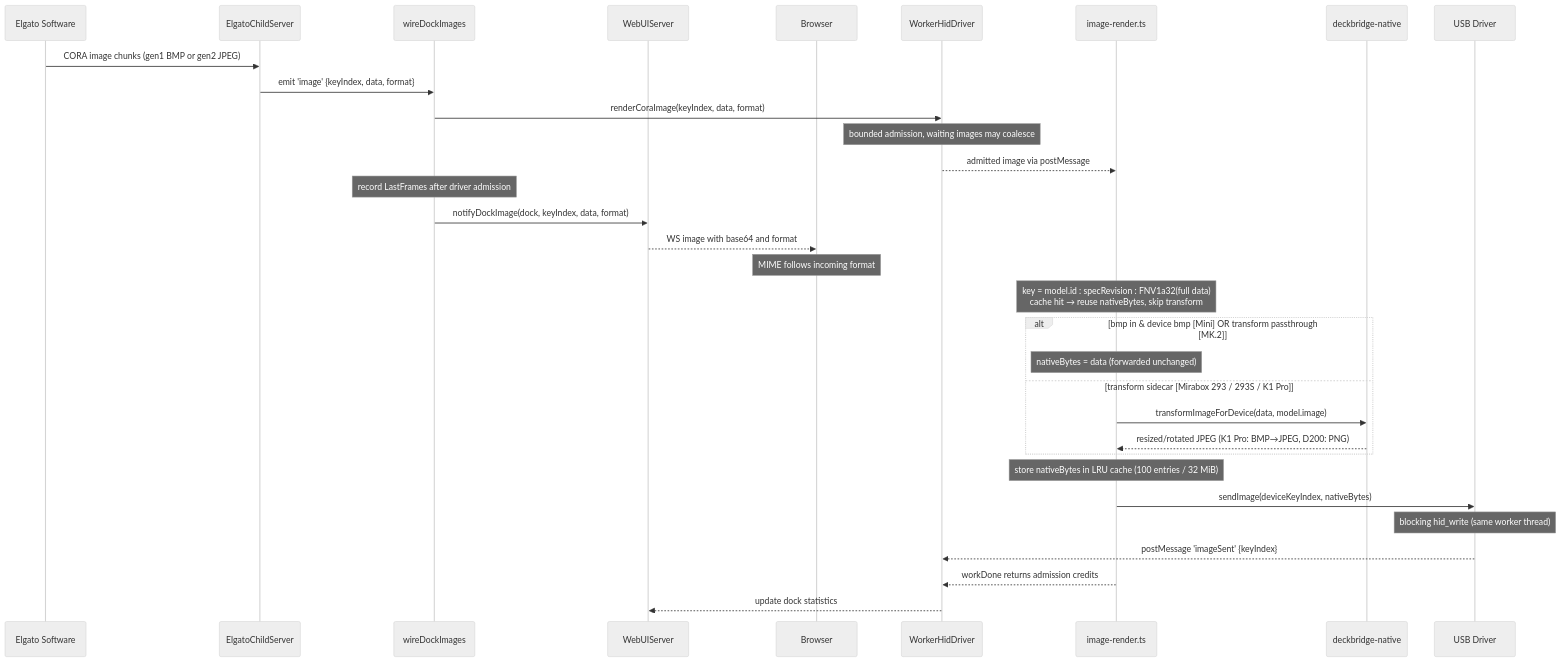
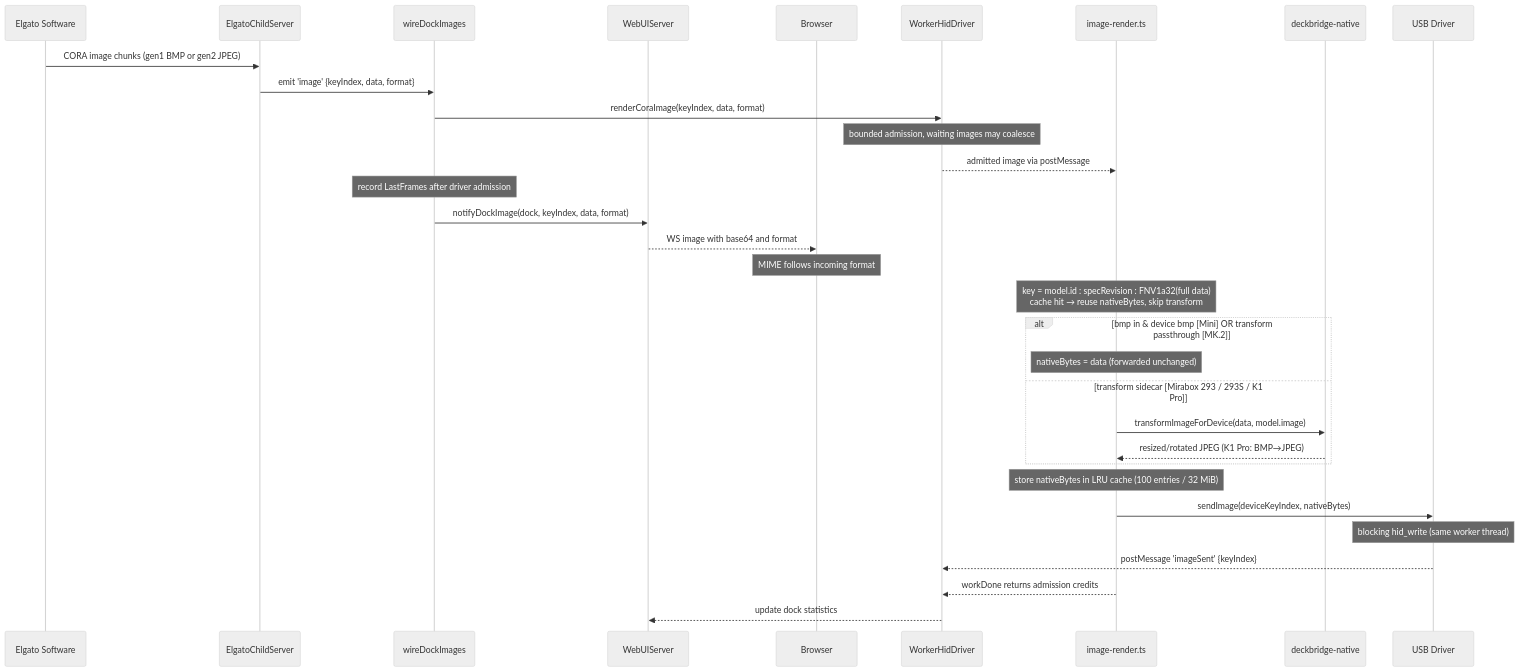
Before and after one commit to lukasMega/DeckBridge: the diagram in docs/image-flow.md, drawn with Mermaid (neutral theme). The commit also changed other lines of this file and 11 other files, not shown here.

First line of the commit message:
docs(d200): describe JPEG icons, not PNG (#271)

````diff
--- a/docs/image-flow.md
+++ b/docs/image-flow.md
@@ -86,38 +86,38 @@
 ```mermaid
 sequenceDiagram
     participant EL as Elgato Software
     participant CS as ElgatoChildServer
     participant PIPE as wireDockImages
     participant WEB as WebUIServer
     participant BR as Browser
     participant HOST as WorkerHidDriver
     participant REND as image-render.ts
     participant RS as deckbridge-native
     participant DRV as USB Driver
 
     EL->>CS: CORA image chunks (gen1 BMP or gen2 JPEG)
     CS->>PIPE: emit 'image' {keyIndex, data, format}
 
     PIPE->>HOST: renderCoraImage(keyIndex, data, format)
     Note over HOST: bounded admission, waiting images may coalesce
     HOST-->>REND: admitted image via postMessage
     Note over PIPE: record LastFrames after driver admission
     PIPE->>WEB: notifyDockImage(dock, keyIndex, data, format)
     WEB-->>BR: WS image with base64 and format
     Note over BR: MIME follows incoming format
     Note over REND: key = model.id : specRevision : FNV1a32(full data)<br/>cache hit → reuse nativeBytes, skip transform
 
     alt bmp in & device bmp [Mini]  OR  transform passthrough [MK.2]
         Note over REND: nativeBytes = data (forwarded unchanged)
     else transform sidecar [Mirabox 293 / 293S / K1 Pro]
         REND->>RS: transformImageForDevice(data, model.image)
-        RS-->>REND: resized/rotated JPEG (K1 Pro: BMP→JPEG, D200: PNG)
+        RS-->>REND: resized/rotated JPEG (K1 Pro: BMP→JPEG)
     end
 
     Note over REND: store nativeBytes in LRU cache (100 entries / 32 MiB)
     REND->>DRV: sendImage(deviceKeyIndex, nativeBytes)
     Note over DRV: blocking hid_write (same worker thread)
     DRV-->>HOST: postMessage 'imageSent' {keyIndex}
     REND-->>HOST: workDone returns admission credits
     HOST-->>WEB: update dock statistics
 ```
````
